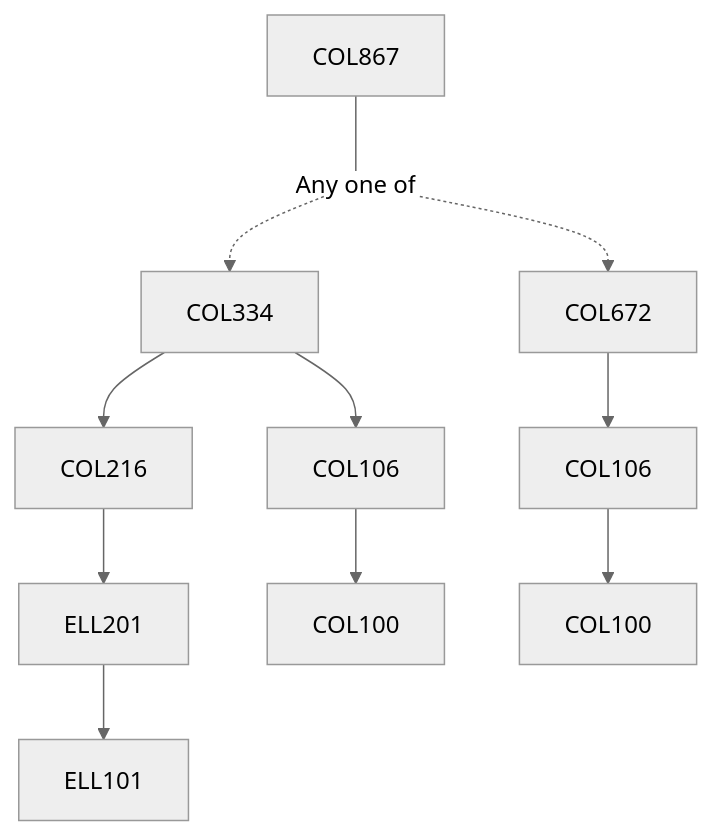
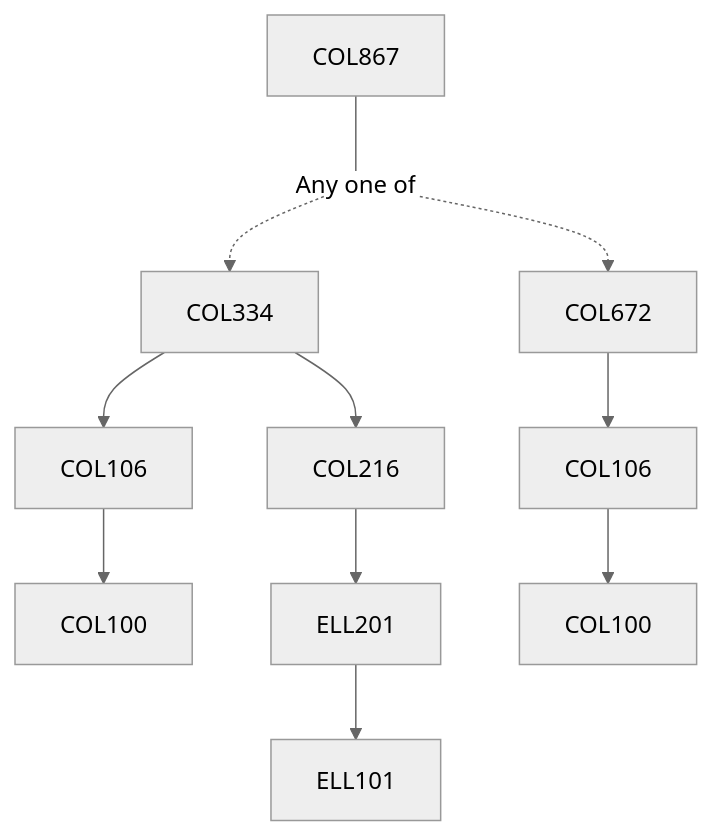
The diagram in content/Computer Science and Engineering/COL867.md (KeshavBansal0122/CoS_Website), drawn with Mermaid (neutral theme) before and after one commit. The commit also changed other lines of this file and 2667 other files, not shown here.

````diff
--- a/content/Computer Science and Engineering/COL867.md
+++ b/content/Computer Science and Engineering/COL867.md
@@ -15,17 +13,17 @@
 ```mermaid
 flowchart TD
-COL867-522[COL867]
-COL867-522 --- Or523[Any one of]:::empty
-COL216-524 --> ELL201-524[ELL201]
-COL334-524 --> COL106-524[COL106]
-Or523 -.-> COL334-524[COL334]
-ELL201-524 --> ELL101-524[ELL101]
-COL334-524 --> COL216-524[COL216]
-COL106-524 --> COL100-524[COL100]
-Or523 -.-> COL672-525[COL672]
-COL106-525 --> COL100-525[COL100]
-COL672-525 --> COL106-525[COL106]
+COL867-943[COL867]
+COL867-943 --- Or944[Any one of]:::empty
+COL106-945 --> COL100-945[COL100]
+Or944 -.-> COL334-945[COL334]
+COL216-945 --> ELL201-945[ELL201]
+ELL201-945 --> ELL101-945[ELL101]
+COL334-945 --> COL216-945[COL216]
+COL334-945 --> COL106-945[COL106]
+COL672-946 --> COL106-946[COL106]
+Or944 -.-> COL672-946[COL672]
+COL106-946 --> COL100-946[COL100]
 
 classDef empty height:17px, fill:transparent, stroke:transparent;
 classDef trueEmpty height:0px, width:0px;
 ```
````
